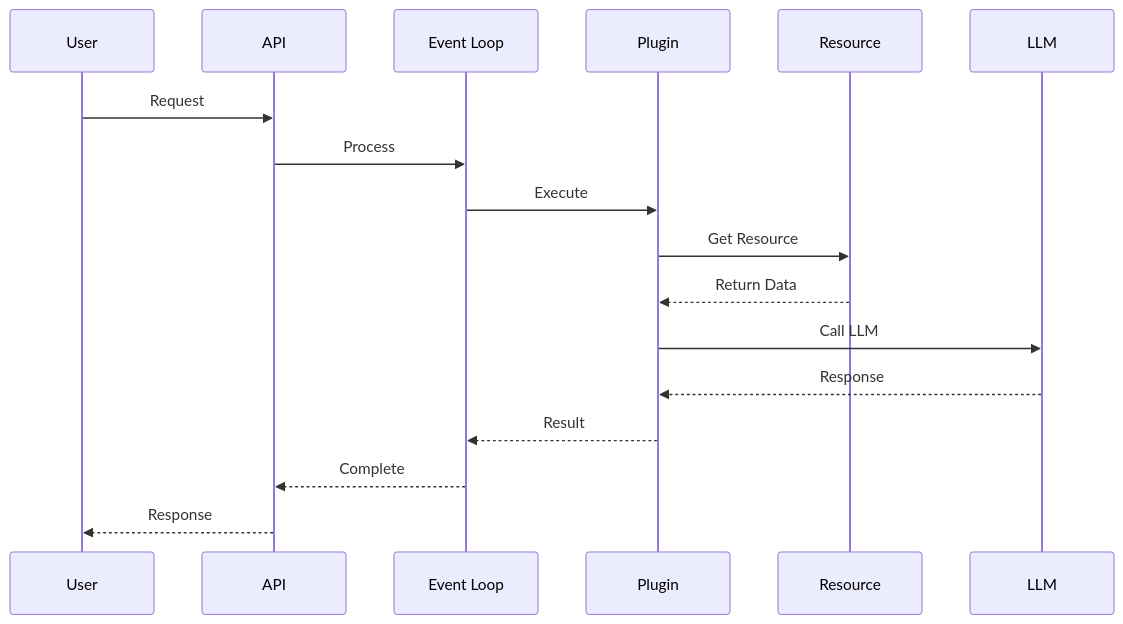
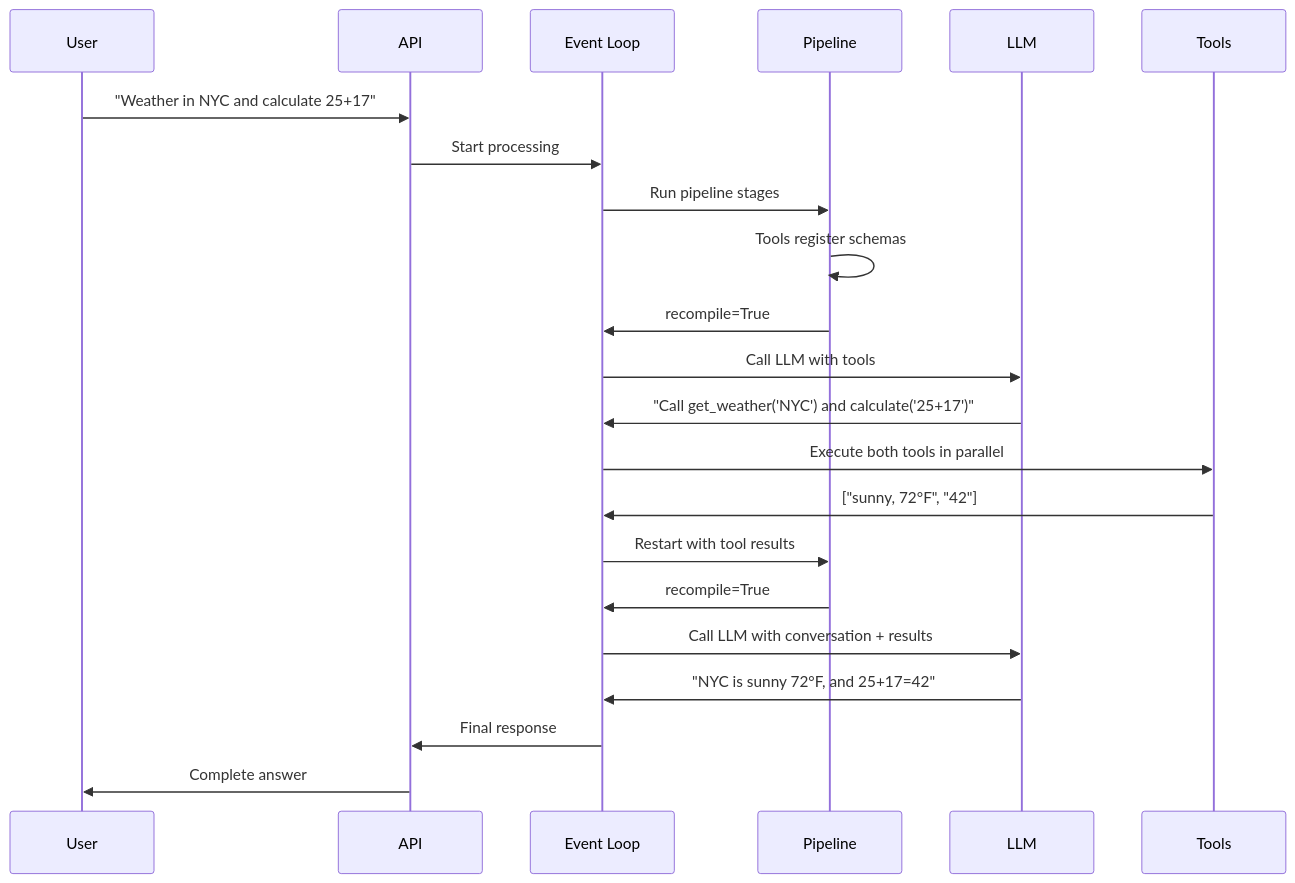
The fourth of 4 diagrams in README.md (Ladvien/entity), drawn with Mermaid before and after one commit. The commit also changed other lines of this file, not shown here.

Commit message:
Still working on architecture, back off dude!  jk, luv u.

````diff
--- a/README.md
+++ b/README.md
@@ -971,20 +1056,25 @@
 ```mermaid
 sequenceDiagram
     participant U as User
     participant A as API
     participant E as Event Loop
-    participant P as Plugin
-    participant R as Resource
+    participant P as Pipeline
     participant L as LLM
+    participant T as Tools
     
-    U->>A: Request
-    A->>E: Process
-    E->>P: Execute
-    P->>R: Get Resource
-    R-->>P: Return Data
-    P->>L: Call LLM
-    L-->>P: Response
-    P-->>E: Result
-    E-->>A: Complete
-    A-->>U: Response
+    U->>A: "Weather in NYC and calculate 25+17"
+    A->>E: Start processing
+    E->>P: Run pipeline stages
+    P->>P: Tools register schemas
+    P->>E: recompile=True
+    E->>L: Call LLM with tools
+    L->>E: "Call get_weather('NYC') and calculate('25+17')"
+    E->>T: Execute both tools in parallel
+    T->>E: ["sunny, 72°F", "42"]
+    E->>P: Restart with tool results
+    P->>E: recompile=True
+    E->>L: Call LLM with conversation + results
+    L->>E: "NYC is sunny 72°F, and 25+17=42"
+    E->>A: Final response
+    A->>U: Complete answer
 ```
````
